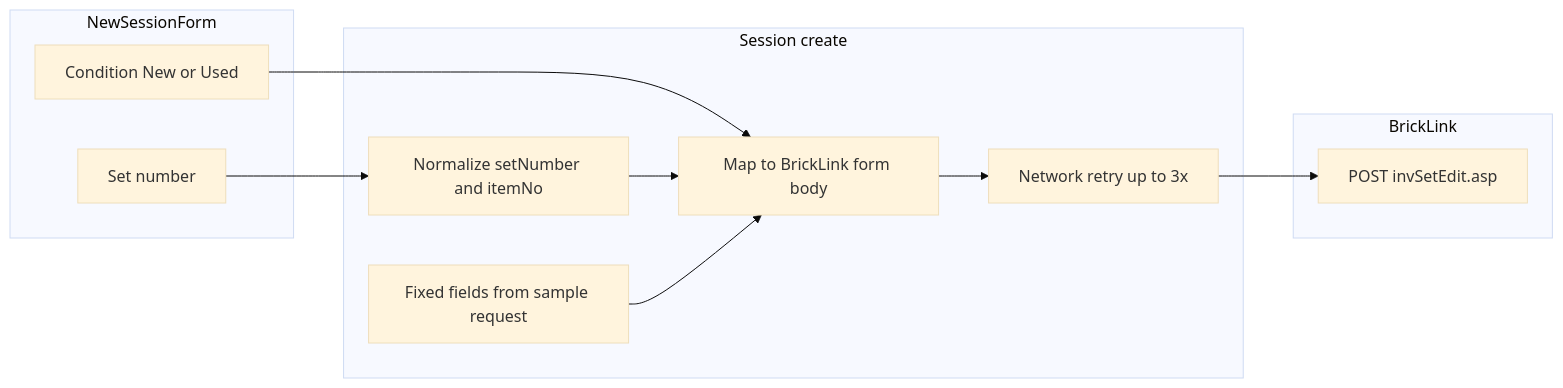
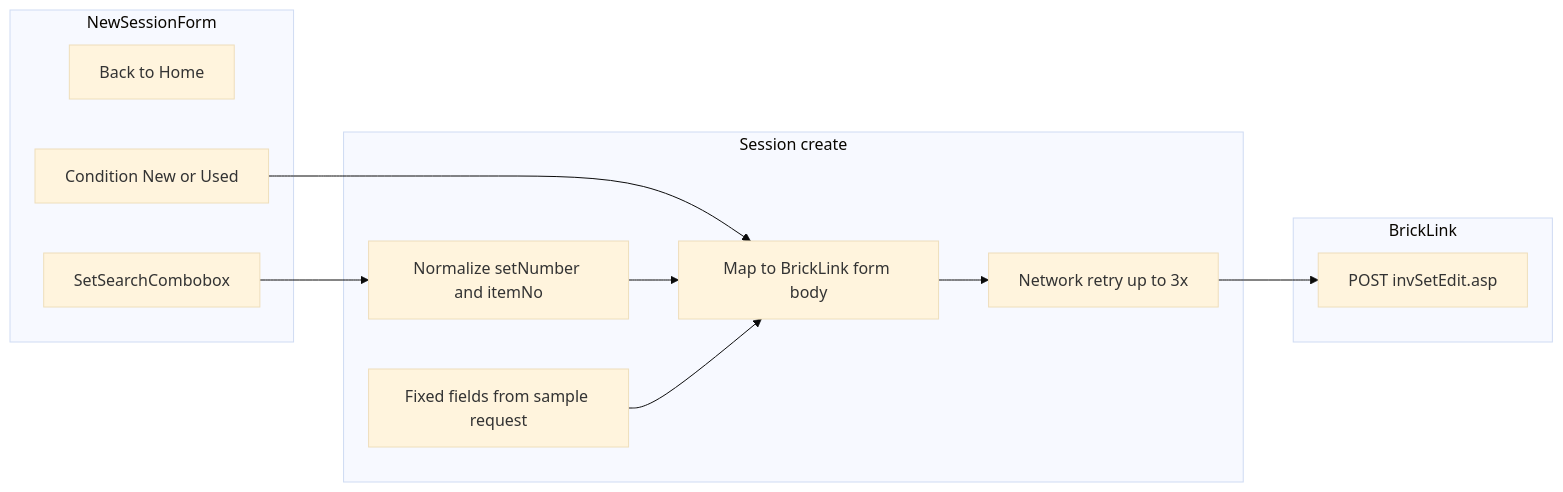
The diagram in docs/view-specs/new-session.md (dcvezzani/brick-counter-coordinator), drawn with Mermaid (base theme) before and after one commit. The commit also changed other lines of this file and 6 other files, not shown here.

````diff
--- a/docs/view-specs/new-session.md
+++ b/docs/view-specs/new-session.md
@@ -154,22 +159,23 @@
 ```mermaid
 flowchart LR
   subgraph ui [NewSessionForm]
-    setNo[Set number]
+    back[Back to Home]
+    setNo[SetSearchCombobox]
     cond[Condition New or Used]
   end
   subgraph server [Session create]
     norm[Normalize setNumber and itemNo]
     map[Map to BrickLink form body]
     fixed[Fixed fields from sample request]
     retry[Network retry up to 3x]
   end
   subgraph bl [BrickLink]
     post[POST invSetEdit.asp]
   end
   setNo --> norm
   cond --> map
   norm --> map
   fixed --> map
   map --> retry
   retry --> post
 ```
````
